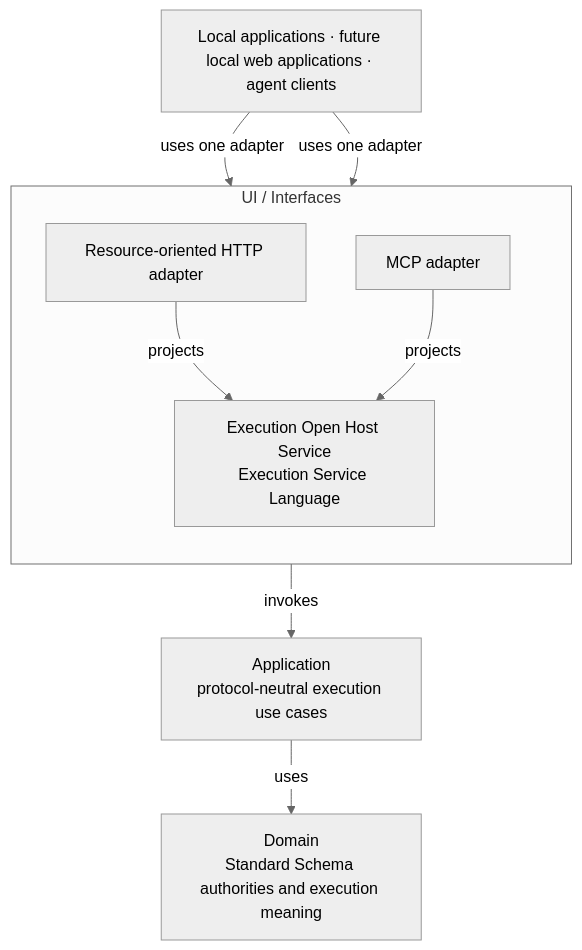
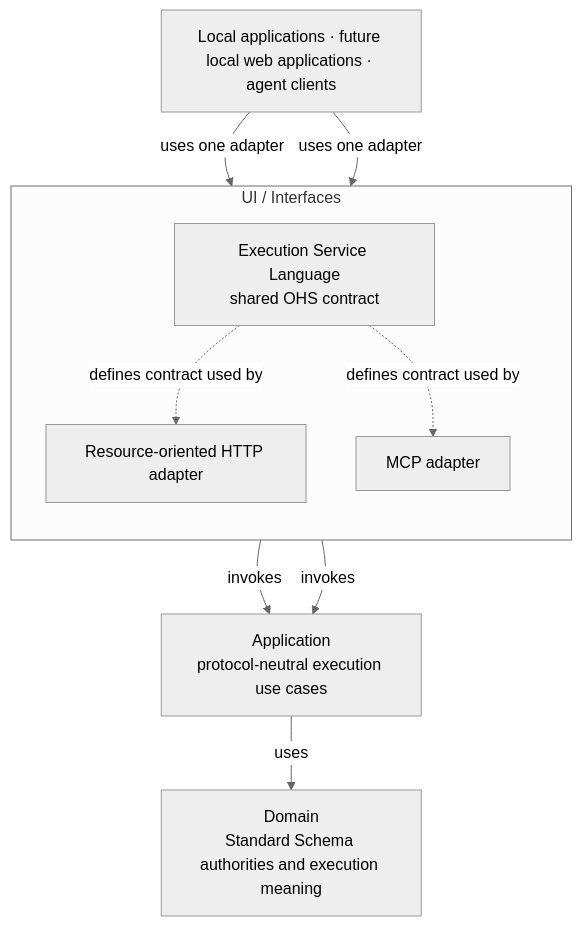
The third of 4 diagrams in libs/gda-balancing/docs/ARCHITECTURE.md (aigengame/godot-agent), drawn with Mermaid (neutral theme) before and after one commit. The commit also changed other lines of this file and 3 other files, not shown here.

Commit message:
docs(balancing): clarify execution service contract

````diff
--- a/libs/gda-balancing/docs/ARCHITECTURE.md
+++ b/libs/gda-balancing/docs/ARCHITECTURE.md
@@ -737,22 +738,23 @@
 ```mermaid
 flowchart TB
     C["Local applications · future local web applications · agent clients"]
 
     subgraph IF["UI / Interfaces"]
         direction TB
         H["Resource-oriented HTTP adapter"]
         M["MCP adapter"]
-        P["Execution Open Host Service<br/>Execution Service Language"]
+        P["Execution Service Language<br/>shared OHS contract"]
 
-        H -->|"projects"| P
-        M -->|"projects"| P
+        P -. "defines contract used by" .-> H
+        P -. "defines contract used by" .-> M
     end
 
     A["Application<br/>protocol-neutral execution use cases"]
     D["Domain<br/>Standard Schema authorities and execution meaning"]
 
     C -->|"uses one adapter"| H
     C -->|"uses one adapter"| M
-    P -->|"invokes"| A
+    H -->|"invokes"| A
+    M -->|"invokes"| A
     A -->|"uses"| D
 ```
````
